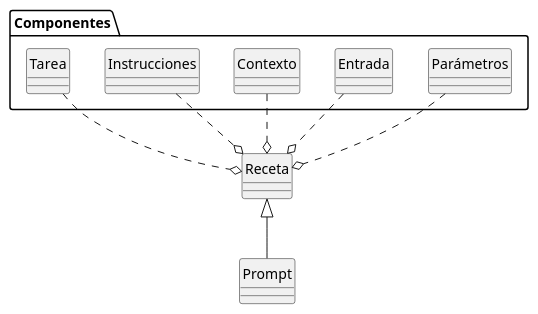
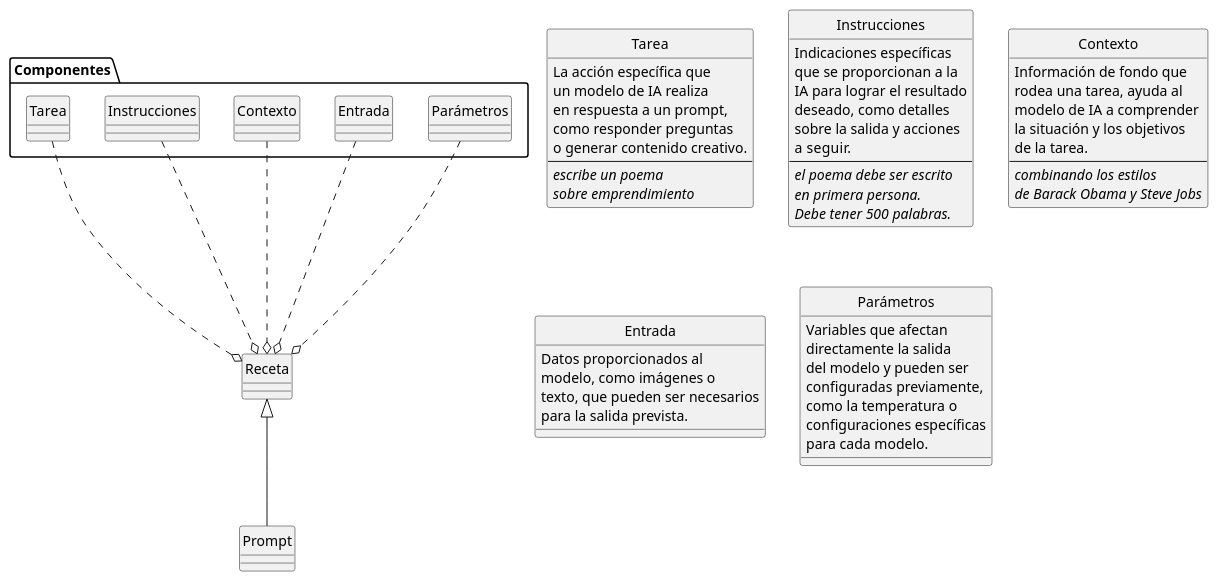
The diagram in modelosUML/promptRecetaComponentes.puml (mmasias/ai-prompts), drawn with PlantUML before and after one commit. The commit also changed 2 other files, not shown here.

Commit message:
prompt.anatomia.componentes++

```diff
--- a/modelosUML/promptRecetaComponentes.puml
+++ b/modelosUML/promptRecetaComponentes.puml
@@ -1,13 +1,65 @@
 hide circle
 hide stereotype
 ' hide empty members
 
 Prompt -u-|> Receta
 
 package Componentes {
     Receta o.u. Tarea
     Receta o.u. Instrucciones
     Receta o.u. Contexto
     Receta o.u. Entrada
     Receta o.u. Parámetros
 }
+
+class Tarea {
+La acción específica que 
+un modelo de IA realiza 
+en respuesta a un prompt,
+como responder preguntas 
+o generar contenido creativo.
+---
+<i>escribe un poema </i>
+<i>sobre emprendimiento</i>
+}
+
+class Instrucciones {
+Indicaciones específicas 
+que se proporcionan a la 
+IA para lograr el resultado 
+deseado, como detalles 
+sobre la salida y acciones 
+a seguir.
+---
+<i>el poema debe ser escrito
+<i>en primera persona. 
+<i>Debe tener 500 palabras.
+}
+
+class Contexto {
+Información de fondo que 
+rodea una tarea, ayuda al 
+modelo de IA a comprender 
+la situación y los objetivos 
+de la tarea.
+---
+<i>combinando los estilos
+<i>de Barack Obama y Steve Jobs
+}
+
+class Entrada {
+Datos proporcionados al 
+modelo, como imágenes o 
+texto, que pueden ser necesarios 
+para la salida prevista.
+}
+
+class Parámetros {
+Variables que afectan 
+directamente la salida 
+del modelo y pueden ser 
+configuradas previamente, 
+como la temperatura o 
+configuraciones específicas 
+para cada modelo.
+}
```
